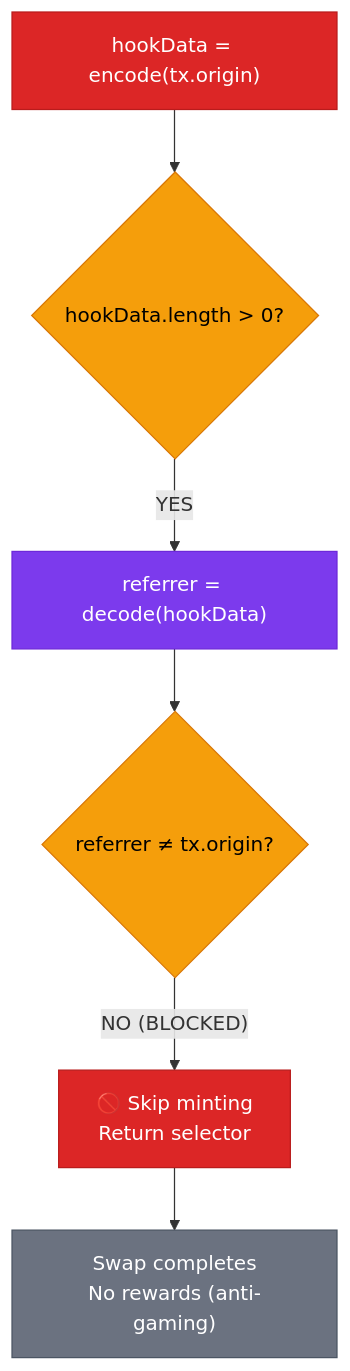
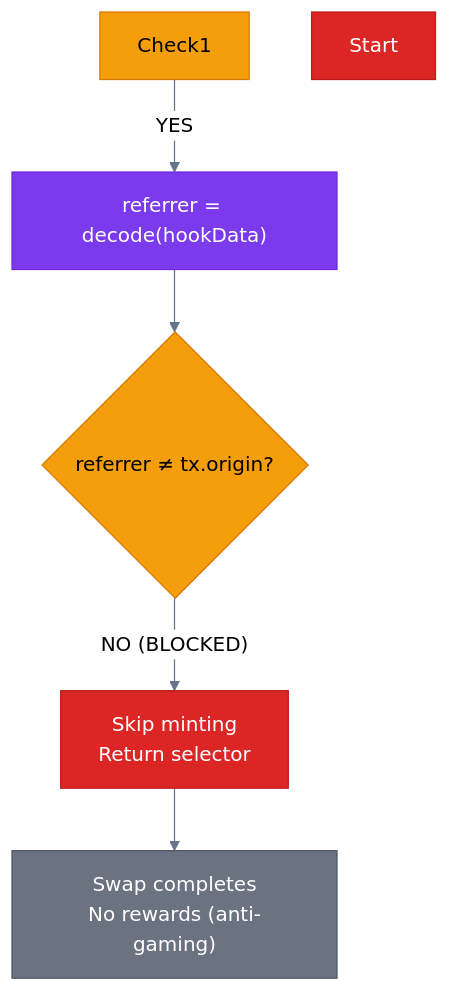
Before and after one commit to guglxni/the-fixer-hook: the sixth of 12 diagrams in docs/SYSTEM_DESIGN.md, drawn with Mermaid. The commit also changed other lines of this file and 514 other files, not shown here.

Commit message:
Clean docs: remove emojis, add professional mermaid styling

````diff
--- a/docs/SYSTEM_DESIGN.md
+++ b/docs/SYSTEM_DESIGN.md
@@ -321,15 +315,14 @@
 ```mermaid
+%%{init: {'theme': 'neutral', 'themeVariables': { 'primaryColor': '#2563eb', 'primaryTextColor': '#1e293b', 'primaryBorderColor': '#3b82f6', 'lineColor': '#64748b', 'secondaryColor': '#f1f5f9', 'tertiaryColor': '#e2e8f0'}}}%%
 flowchart TD
-    Start["hookData = encode(tx.origin)"] --> Check1{"hookData.length > 0?"}
     Check1 -- "YES" --> Decode["referrer = decode(hookData)"]
     Decode --> Check3{"referrer ≠ tx.origin?"}
-    Check3 -- "NO (BLOCKED)" --> Skip["🚫 Skip minting\nReturn selector"]
+    Check3 -- "NO (BLOCKED)" --> Skip[" Skip minting\nReturn selector"]
     Skip --> Result["Swap completes\nNo rewards (anti-gaming)"]
-
     style Start fill:#DC2626,color:#fff,stroke:#B91C1C
     style Check1 fill:#F59E0B,color:#000,stroke:#D97706
     style Decode fill:#7C3AED,color:#fff,stroke:#6D28D9
     style Check3 fill:#F59E0B,color:#000,stroke:#D97706
     style Skip fill:#DC2626,color:#fff,stroke:#B91C1C
     style Result fill:#6B7280,color:#fff,stroke:#4B5563
 ```
````
